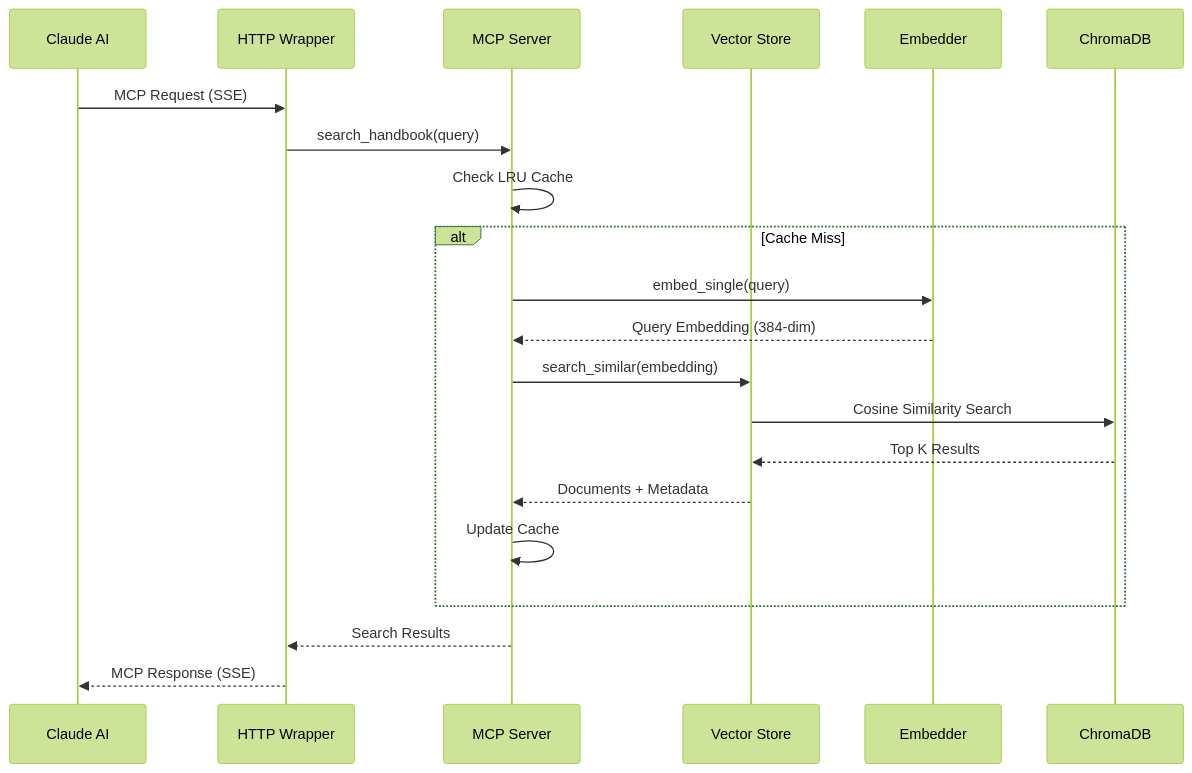
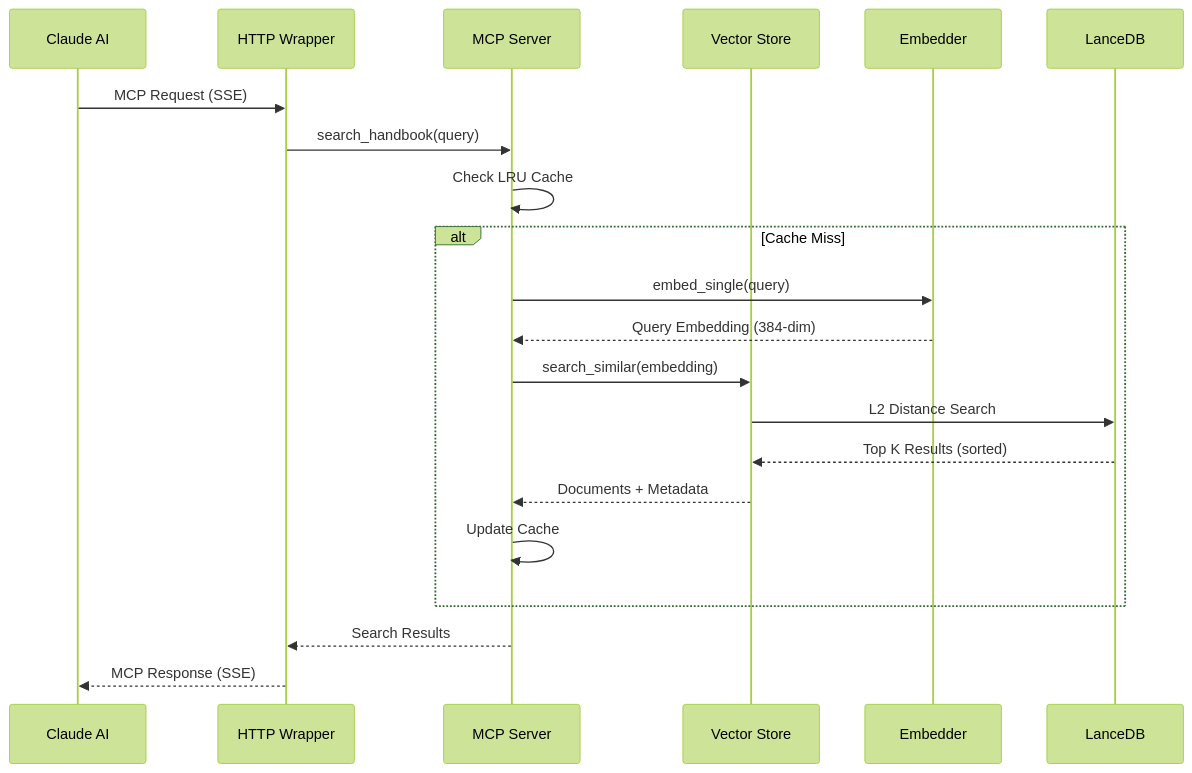
One commit to TheWinterShadow/Thoth changed the fourth of 5 diagrams in README.md. Above: the diagram before and after it, drawn with Mermaid (forest theme). The commit also changed other lines of this file and 27 other files, not shown here.

````diff
--- a/README.md
+++ b/README.md
@@ -367,24 +355,24 @@
 ```mermaid
 sequenceDiagram
     participant User as Claude AI
     participant HTTP as HTTP Wrapper
     participant MCP as MCP Server
     participant VS as Vector Store
     participant Emb as Embedder
-    participant DB as ChromaDB
+    participant DB as LanceDB
 
     User->>HTTP: MCP Request (SSE)
     HTTP->>MCP: search_handbook(query)
     MCP->>MCP: Check LRU Cache
     alt Cache Miss
         MCP->>Emb: embed_single(query)
         Emb-->>MCP: Query Embedding (384-dim)
         MCP->>VS: search_similar(embedding)
-        VS->>DB: Cosine Similarity Search
-        DB-->>VS: Top K Results
+        VS->>DB: L2 Distance Search
+        DB-->>VS: Top K Results (sorted)
         VS-->>MCP: Documents + Metadata
         MCP->>MCP: Update Cache
     end
     MCP-->>HTTP: Search Results
     HTTP-->>User: MCP Response (SSE)
 ```
````
